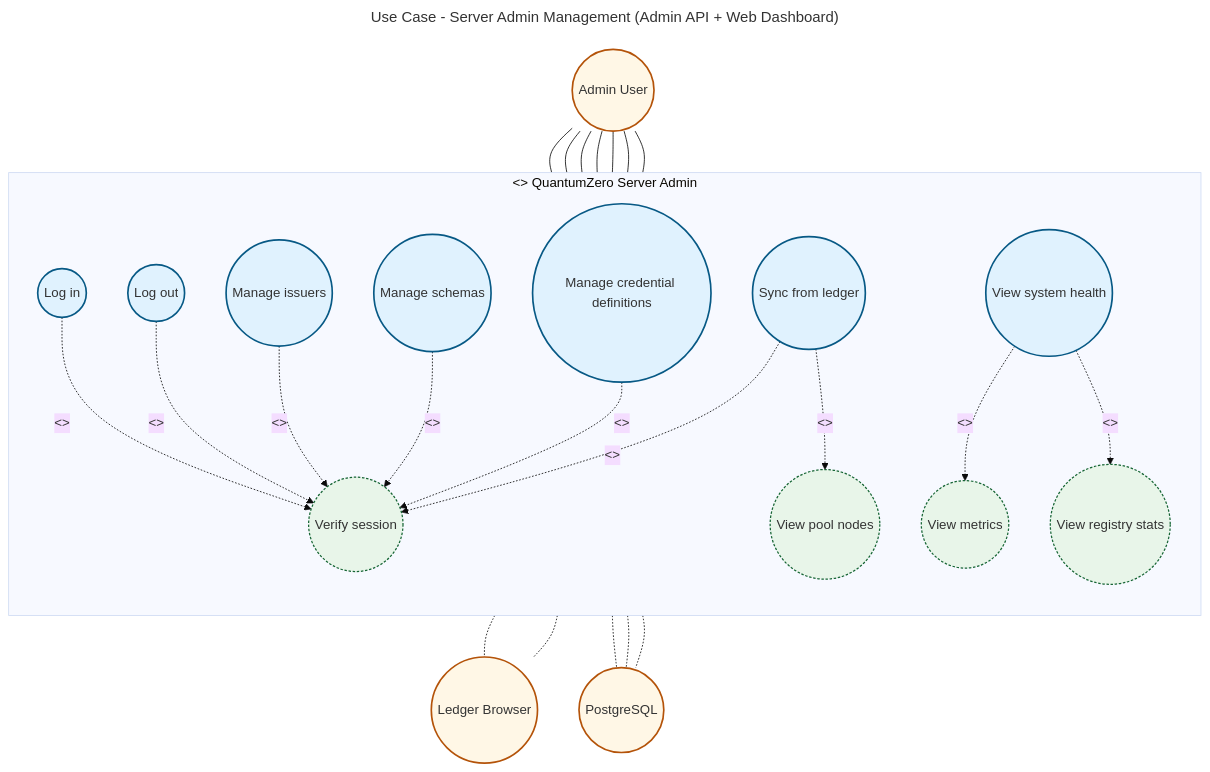
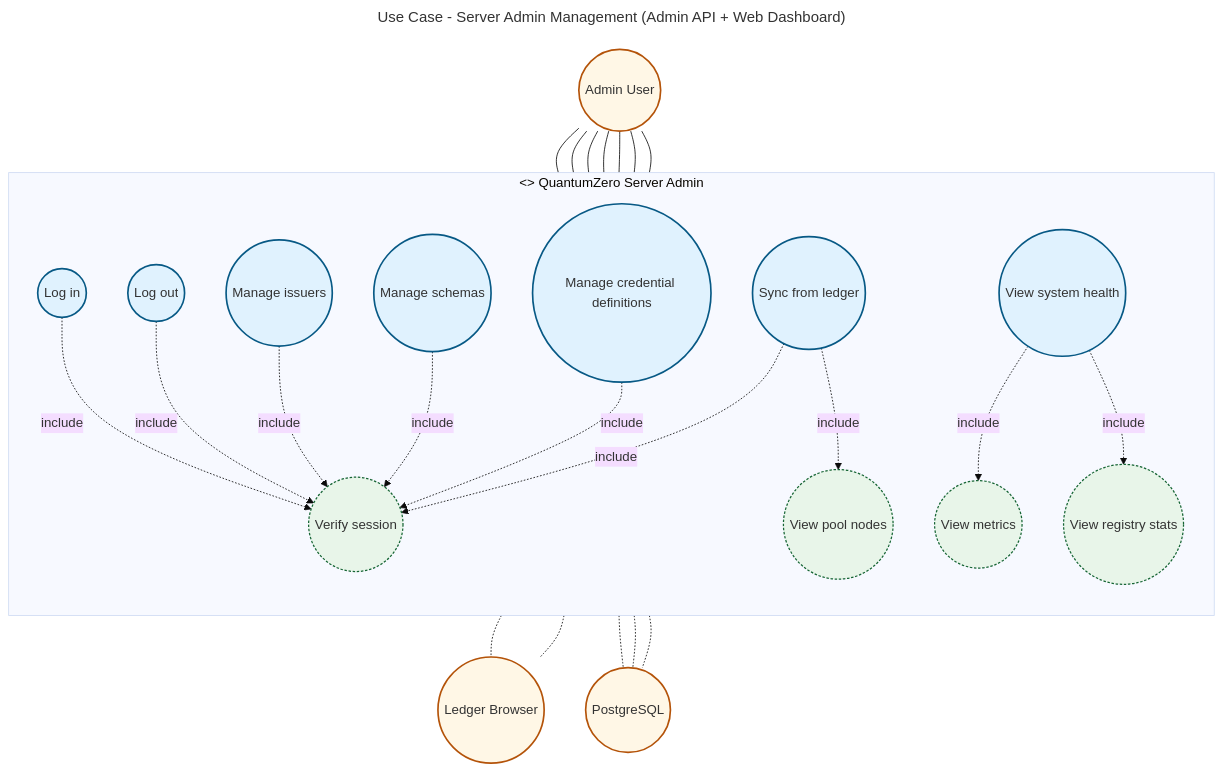
Before and after one commit to CHATEAUFORGE-LLC/QuantumZero: the diagram in diagrams/usecase-server-admin-management.mmd, drawn with Mermaid. The commit also changed 63 other files, not shown here.

```diff
--- a/diagrams/usecase-server-admin-management.mmd
+++ b/diagrams/usecase-server-admin-management.mmd
@@ -1,70 +1,70 @@
 ---
 title: Use Case - Server Admin Management (Admin API + Web Dashboard)
 config:
   theme: base
 ---
 %% QuantumZero UML palette note: actors/external=#fff7e6/#b45309, system/component=#e0f2fe/#075985, datastore=#ecfccb/#4d7c0f, notes=#fff9c4/#d97706. Aligns diagrams to Deliverable 1 UML/DFD theme.
 %% Source of truth: QuantumZero-server/services/admin-api/src/handlers.rs and services/web-frontend/static/*
 %% Related: diagrams/usecase-server-api-suite.mmd
 flowchart TB
     classDef actor fill:#fff7e6,stroke:#b45309,stroke-width:2px
     classDef system fill:#eef2ff,stroke:#4338ca,stroke-width:2px
     classDef usecase fill:#e0f2fe,stroke:#075985,stroke-width:2px
     classDef supporting fill:#e8f5e9,stroke:#166534,stroke-width:1.5px,stroke-dasharray: 3 2
 
     %% Actors
     Admin((Admin User)):::actor
     Ledger((Ledger Browser)):::actor
     Postgres((PostgreSQL)):::actor
 
     %% System boundary
     subgraph QZAdmin["<<system>> QuantumZero Server Admin"]
         direction TB
 
         UC_Login(("Log in")):::usecase
         UC_Logout(("Log out")):::usecase
         UC_Verify(("Verify session")):::supporting
 
         UC_Issuers(("Manage issuers")):::usecase
         UC_Schemas(("Manage schemas")):::usecase
         UC_CredDefs(("Manage credential definitions")):::usecase
 
         UC_LedgerSync(("Sync from ledger")):::usecase
         UC_PoolNodes(("View pool nodes")):::supporting
 
         UC_Health(("View system health")):::usecase
         UC_Metrics(("View metrics")):::supporting
         UC_Stats(("View registry stats")):::supporting
 
         %% Relationships
-        UC_Login -. <<include>> .-> UC_Verify
-        UC_Logout -. <<include>> .-> UC_Verify
+        UC_Login -. include .-> UC_Verify
+        UC_Logout -. include .-> UC_Verify
 
-        UC_Issuers -. <<include>> .-> UC_Verify
-        UC_Schemas -. <<include>> .-> UC_Verify
-        UC_CredDefs -. <<include>> .-> UC_Verify
+        UC_Issuers -. include .-> UC_Verify
+        UC_Schemas -. include .-> UC_Verify
+        UC_CredDefs -. include .-> UC_Verify
 
-        UC_LedgerSync -. <<include>> .-> UC_Verify
-        UC_LedgerSync -. <<include>> .-> UC_PoolNodes
+        UC_LedgerSync -. include .-> UC_Verify
+        UC_LedgerSync -. include .-> UC_PoolNodes
 
-        UC_Health -. <<include>> .-> UC_Metrics
-        UC_Health -. <<include>> .-> UC_Stats
+        UC_Health -. include .-> UC_Metrics
+        UC_Health -. include .-> UC_Stats
     end
 
     %% Actor associations
     Admin --- UC_Login
     Admin --- UC_Logout
     Admin --- UC_Issuers
     Admin --- UC_Schemas
     Admin --- UC_CredDefs
     Admin --- UC_LedgerSync
     Admin --- UC_Health
 
     %% Secondary actor associations
     UC_LedgerSync -.- Ledger
     UC_PoolNodes -.- Ledger
     UC_Issuers -.- Postgres
     UC_Schemas -.- Postgres
     UC_CredDefs -.- Postgres
 
     %% Metadata note content documented in DIAGRAMS.md
```
